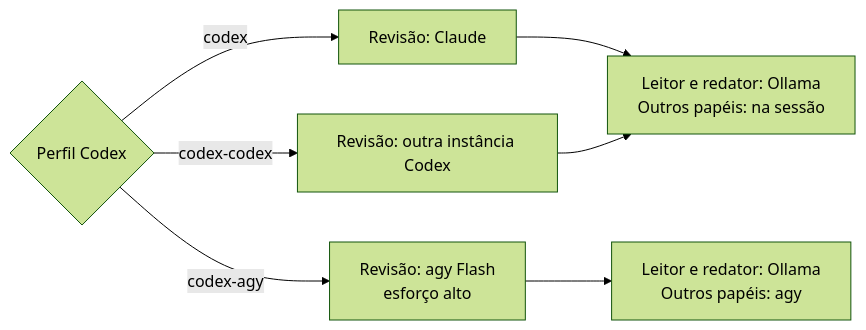
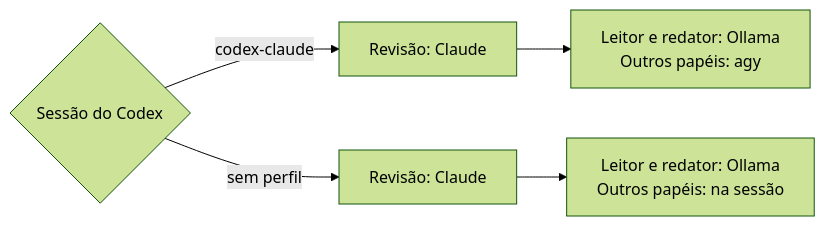
The diagram in README.md (felipintoslv/jangada), drawn with Mermaid (forest theme) before and after one commit. The commit also changed other lines of this file and 4 other files, not shown here.

Commit message:
docs(core): descreve os perfis claude-codex e codex-claude

````diff
--- a/README.md
+++ b/README.md
@@ -310,9 +315,7 @@
 ```mermaid
 flowchart LR
-    A{Perfil Codex} -- codex --> C[Revisão: Claude]
-    A -- codex-codex --> X[Revisão: outra instância Codex]
-    A -- codex-agy --> G[Revisão: agy Flash<br>esforço alto]
-    C --> L[Leitor e redator: Ollama<br>Outros papéis: na sessão]
-    X --> L
-    G --> D[Leitor e redator: Ollama<br>Outros papéis: agy]
+    A{Sessão do Codex} -- codex-claude --> C[Revisão: Claude]
+    A -- sem perfil --> P[Revisão: Claude]
+    C --> D[Leitor e redator: Ollama<br>Outros papéis: agy]
+    P --> L[Leitor e redator: Ollama<br>Outros papéis: na sessão]
 ```
````
